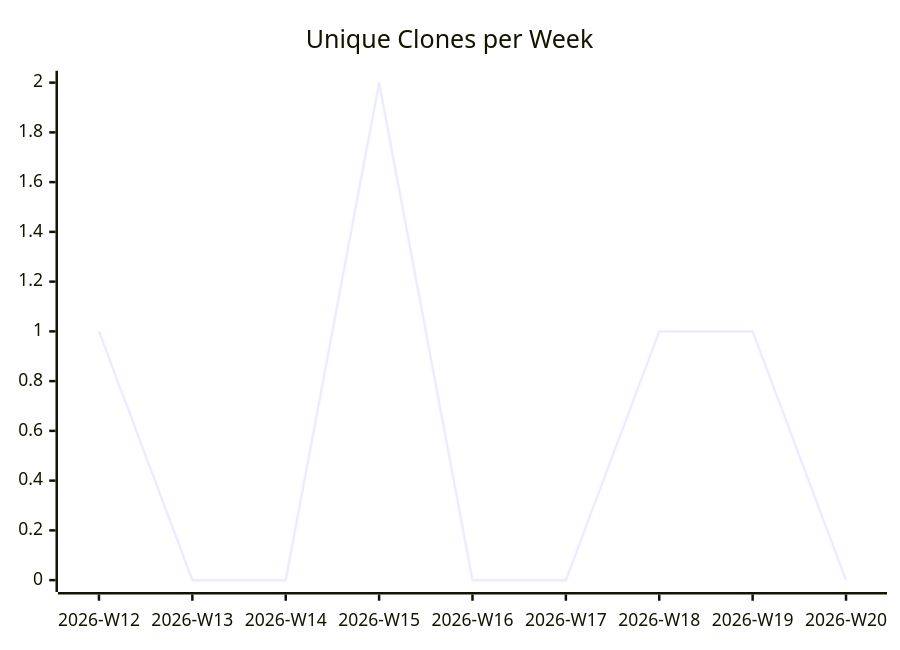
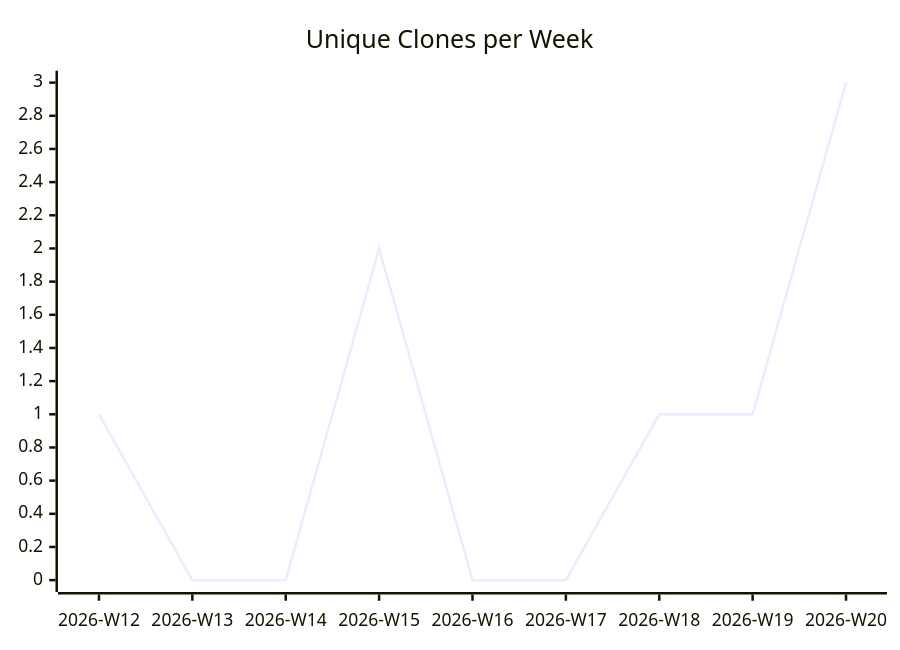
Before and after one commit to justdavis-family/github-analytics-data: the third of 3 diagrams in karlmdavis/liquibase/README.md, drawn with Mermaid. The commit also changed other lines of this file and 176 other files, not shown here.

````diff
--- a/karlmdavis/liquibase/README.md
+++ b/karlmdavis/liquibase/README.md
@@ -19,6 +19,6 @@
 ```mermaid
 xychart-beta
   title "Unique Clones per Week"
   x-axis ["2026-W12", "2026-W13", "2026-W14", "2026-W15", "2026-W16", "2026-W17", "2026-W18", "2026-W19", "2026-W20"]
-  line [1, 0, 0, 2, 0, 0, 1, 1, 0]
+  line [1, 0, 0, 2, 0, 0, 1, 1, 3]
 ```
````
